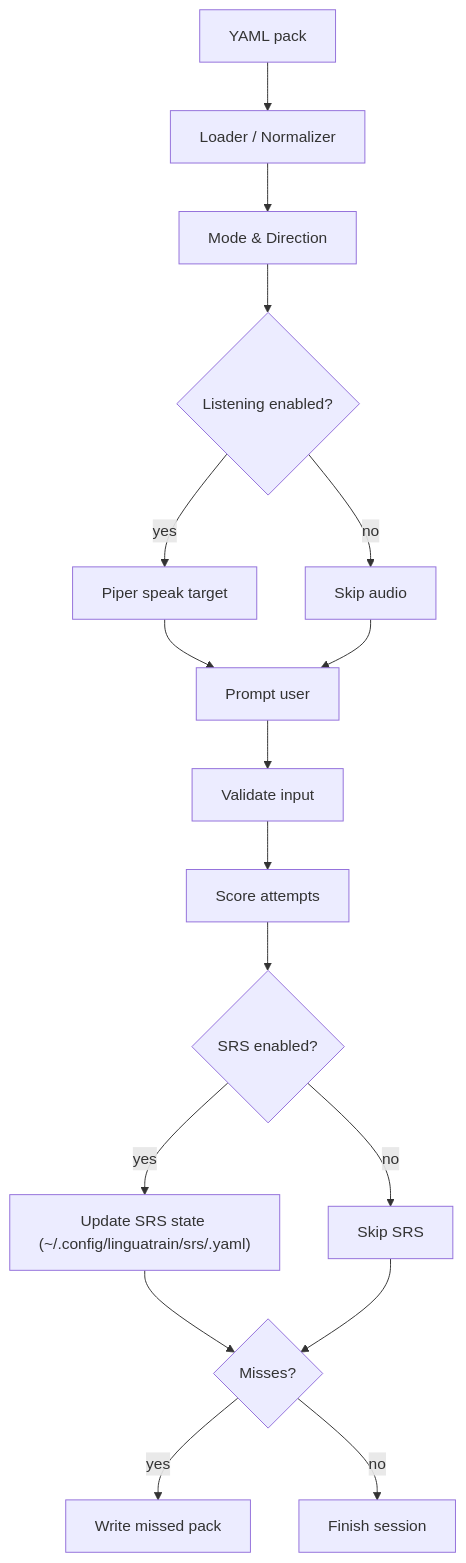
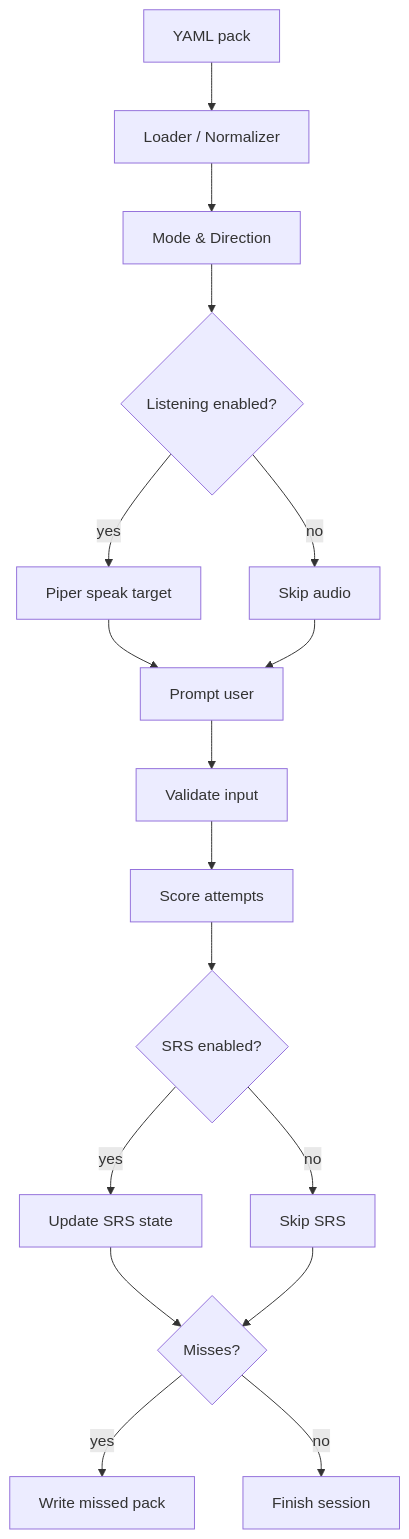
The diagram in README.md (wbrisett/linguatrain), drawn with Mermaid before and after one commit. The commit also changed other lines of this file and 2 other files, not shown here.

````diff
--- a/README.md
+++ b/README.md
@@ -313,19 +1030,19 @@
 ``` mermaid
 flowchart TD
   A["YAML pack"] --> B["Loader / Normalizer"]
   B --> C["Mode & Direction"]
   C --> D{"Listening enabled?"}
   D -- yes --> E["Piper speak target"]
   D -- no --> F["Skip audio"]
   E --> G["Prompt user"]
   F --> G
   G --> H["Validate input"]
   H --> I["Score attempts"]
   I --> J{"SRS enabled?"}
-  J -- yes --> K["Update SRS state (~/.config/linguatrain/srs/<pack>.yaml)"]
+  J -- yes --> K["Update SRS state"]
   J -- no --> L["Skip SRS"]
   K --> M{"Misses?"}
   L --> M
   M -- yes --> N["Write missed pack"]
   M -- no --> O["Finish session"]
 ```
````
